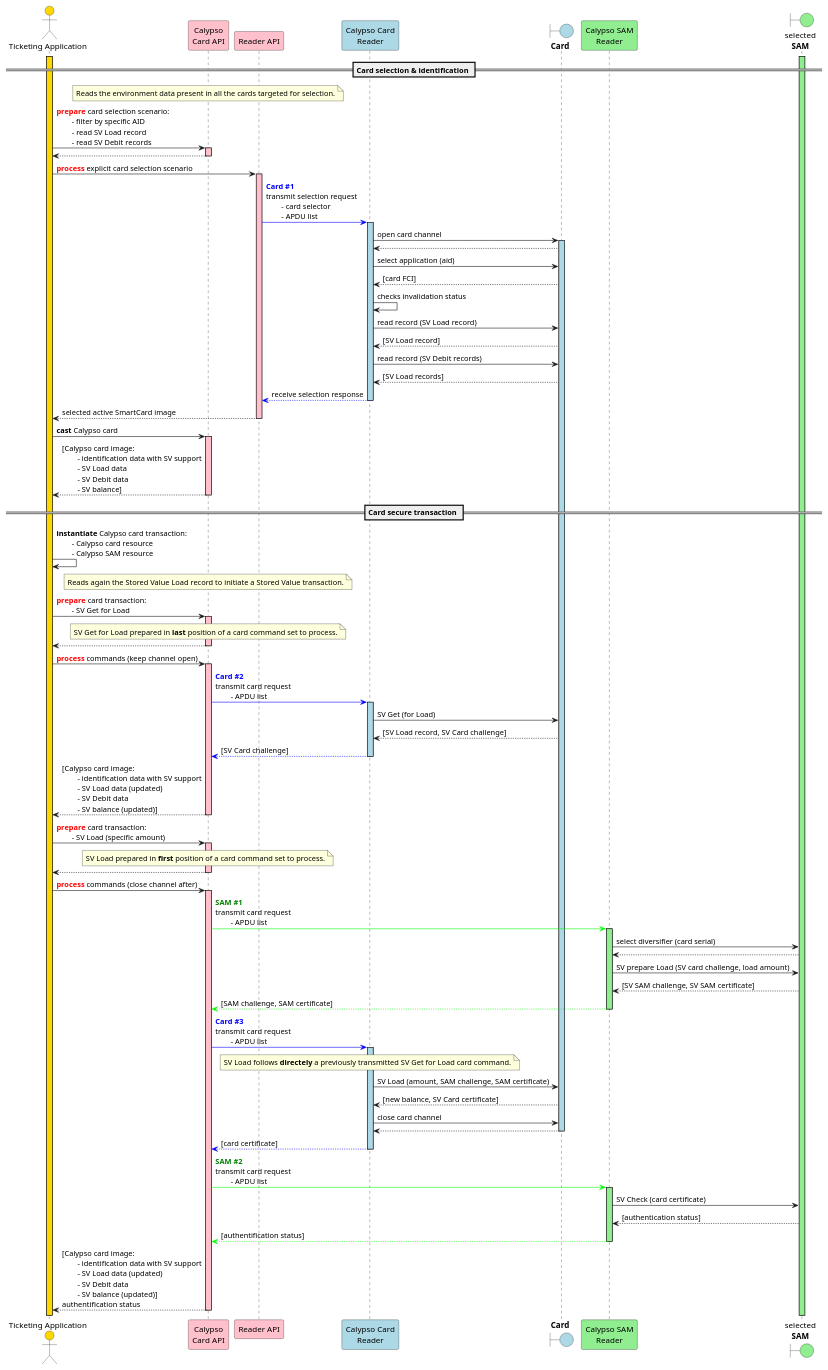
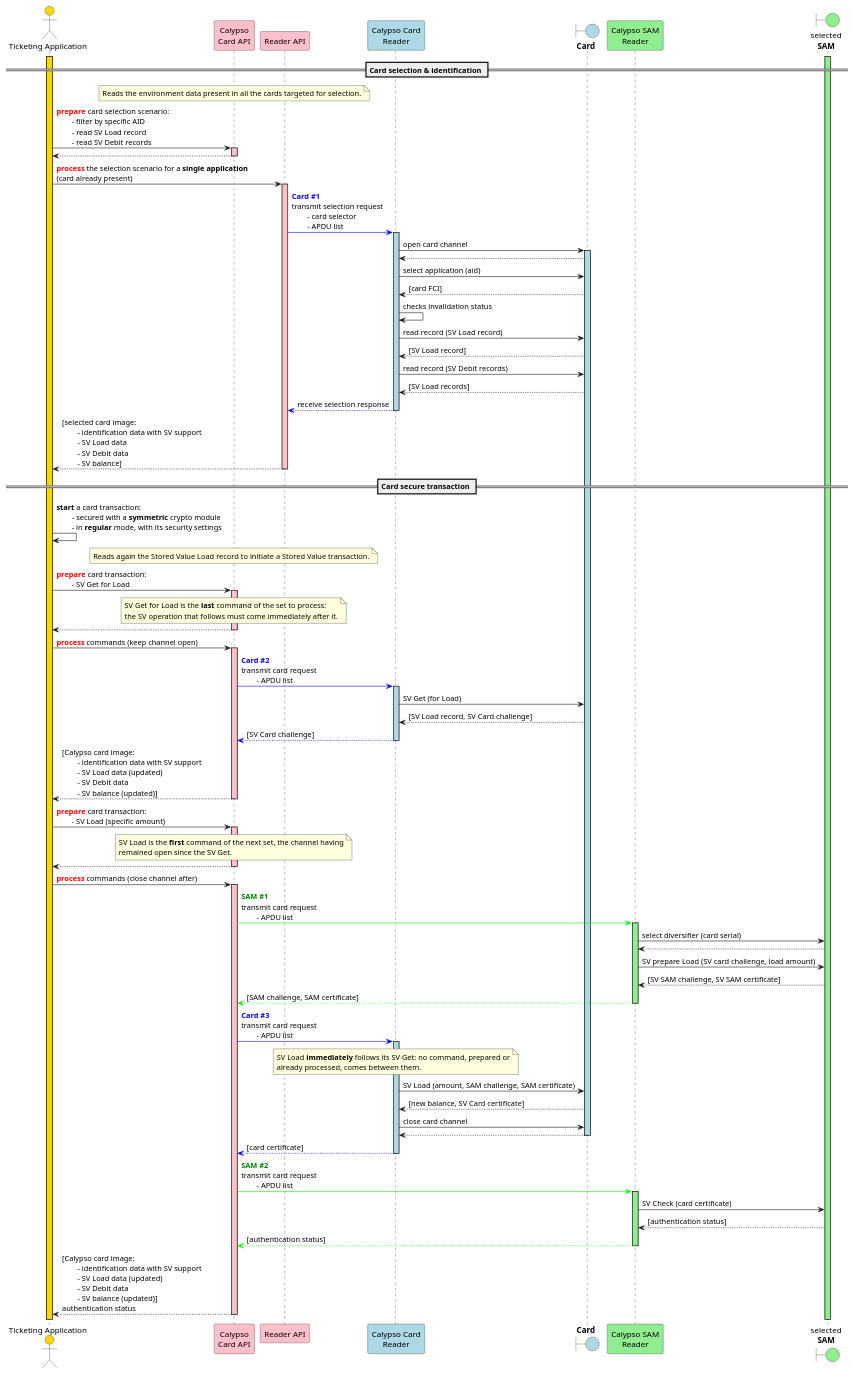
One commit to calypsonet/calypsonet-terminal-api-website changed the diagram in static/media/specifications/calypso_transaction_standalone_SV_operation_sequence_diagram.puml. Above: the diagram before and after it, drawn with PlantUML. The commit also changed 19 other files, not shown here.

Commit message:
fix: update transaction descriptions in UML diagrams for clarity and consistency

```diff
--- a/static/media/specifications/calypso_transaction_standalone_SV_operation_sequence_diagram.puml
+++ b/static/media/specifications/calypso_transaction_standalone_SV_operation_sequence_diagram.puml
@@ -1,177 +1,174 @@
 @startuml
 
 'skinparam ClassBorderColor #F1C40F
 skinparam ClassBorderColor #D4AC0D
 skinparam stereotypeABorderColor #A9DCDF
 skinparam stereotypeIBorderColor #B4A7E5
 skinparam stereotypeCBorderColor #ADD1B2
 skinparam stereotypeEBorderColor #EB93DF
 skinparam shadowing false
 
 skinparam StateBorderColor #D4AC0D
 skinparam ActivityBorderColor #D4AC0D
 
 ' Red
 skinparam ClassBackgroundColor<<red>> #FDEDEC
 skinparam ClassBorderColor<<red>> #E74C3C
 hide <<red>> stereotype
 ' Purple
 skinparam ClassBackgroundColor<<purple>> #F4ECF7
 skinparam ClassBorderColor<<purple>> #8E44AD
 hide <<purple>> stereotype
 ' blue
 skinparam ClassBackgroundColor<<blue>> #EBF5FB
 skinparam ClassBorderColor<<blue>> #3498DB
 hide <<blue>> stereotype
 ' Green
 skinparam ClassBackgroundColor<<green>> #EAFAF1
 skinparam ClassBorderColor<<green>> #2ECC71
 hide <<green>> stereotype
 
 ' Orange
 skinparam ClassBackgroundColor<<orange>> #FDF2E9
 skinparam ClassBorderColor<<orange>> #E67E22
 hide <<orange>> stereotype
 
 ' Grey
 skinparam ClassBackgroundColor<<grey>> #EAECEE
 skinparam ClassBorderColor<<grey>> #2C3E50
 hide <<grey>> stereotype
 
 actor "Ticketing Application" as app #gold
 participant "Calypso\nCard API" as capi #pink
 participant "Reader API" as rapi #pink
 participant "Calypso Card\nReader" as cardReader #lightBlue
 boundary "**Card**" as card #lightBlue
 participant "Calypso SAM\nReader" as samReader #lightGreen
 boundary "selected\n**SAM**" as sam #lightGreen
 
 activate app #gold
 activate sam #lightGreen
 
 == Card selection & identification ==
 
 note over capi
     Reads the environment data present in all the cards targeted for selection.
 end note
 
 app->capi: <font color=red>**prepare**</font> card selection scenario:\n\t- filter by specific AID\n\t- read SV Load record\n\t- read SV Debit records
 activate capi  #pink
 capi-->app
 deactivate capi
 
-app->rapi: <font color=red>**process**</font> explicit card selection scenario
+app->rapi: <font color=red>**process**</font> the selection scenario for a **single application**\n(card already present)
 activate rapi  #pink
 rapi-[#0000FF]>cardReader: <font color=blue>**Card #1**</font>\ntransmit selection request\n\t- card selector\n\t- APDU list
 activate cardReader #lightBlue
 
 cardReader->card: open card channel
 activate card #lightBlue
 card-->cardReader
 cardReader->card: select application (aid)
 card-->cardReader: [card FCI]
 cardReader->cardReader: checks invalidation status
 
 'group Card APDU commands outside secure session
     cardReader->card: read record (SV Load record)
     card-->cardReader: [SV Load record]
     cardReader->card: read record (SV Debit records)
     card-->cardReader: [SV Load records]
 'end
 
 cardReader--[#0000FF]>rapi: receive selection response
 deactivate cardReader
 
-rapi-->app: selected active SmartCard image
+rapi-->app: [selected card image:\n\t- identification data with SV support\n\t- SV Load data\n\t- SV Debit data\n\t- SV balance]
 deactivate rapi
-
-app->capi: **cast** Calypso card
-activate capi  #pink
-capi-->app: [Calypso card image:\n\t- identification data with SV support\n\t- SV Load data\n\t- SV Debit data\n\t- SV balance]
-
-deactivate capi
 
 == Card secure transaction ==
 
-app->app: **instantiate** Calypso card transaction:\n\t- Calypso card resource\n\t- Calypso SAM resource
+app->app: **start** a card transaction:\n\t- secured with a **symmetric** crypto module\n\t- in **regular** mode, with its security settings
 
 note over capi
     Reads again the Stored Value Load record to initiate a Stored Value transaction.
 end note
 
 app->capi: <font color=red>**prepare**</font> card transaction:\n\t- SV Get for Load
 activate capi  #pink
 note over capi
-    SV Get for Load prepared in **last** position of a card command set to process.
+    SV Get for Load is the **last** command of the set to process:
+    the SV operation that follows must come immediately after it.
 end note
 capi-->app
 deactivate capi
 
 app->capi: <font color=red>**process**</font> commands (keep channel open)
 activate capi  #pink
 
 capi-[#0000FF]>cardReader: <font color=blue>**Card #2**</font>\ntransmit card request\n\t- APDU list
 activate cardReader #lightBlue
 
 'group Card APDU commands inside session
     cardReader->card: SV Get (for Load)
     card-->cardReader: [SV Load record, SV Card challenge]
 'end
 
 cardReader--[#0000FF]>capi: [SV Card challenge]
 deactivate cardReader
 
 capi-->app: [Calypso card image:\n\t- identification data with SV support\n\t- SV Load data (updated)\n\t- SV Debit data\n\t- SV balance (updated)]
 deactivate capi
 
 app->capi: <font color=red>**prepare**</font> card transaction:\n\t- SV Load (specific amount)
 activate capi  #pink
 note over capi
-    SV Load prepared in **first** position of a card command set to process.
+    SV Load is the **first** command of the next set, the channel having
+    remained open since the SV Get.
 end note
 capi-->app
 deactivate capi
 
 app->capi: <font color=red>**process**</font> commands (close channel after)
 activate capi  #pink
 
 capi-[#00FF00]>samReader: <font color=green>**SAM #1**</font>\ntransmit card request\n\t- APDU list
 activate samReader #lightGreen
 
 samReader->sam: select diversifier (card serial)
 sam-->samReader
 samReader->sam: SV prepare Load (SV card challenge, load amount)
 sam-->samReader: [SV SAM challenge, SV SAM certificate]
 
 samReader-[#00FF00]->capi: [SAM challenge, SAM certificate]
 deactivate samReader
 
 capi-[#0000FF]>cardReader: <font color=blue>**Card #3**</font>\ntransmit card request\n\t- APDU list
 activate cardReader #lightBlue
 
 'group Card APDU commands inside session
 note over cardReader
-    SV Load follows **directely** a previously transmitted SV Get for Load card command.
+    SV Load **immediately** follows its SV Get: no command, prepared or
+    already processed, comes between them.
 end note
     cardReader->card: SV Load (amount, SAM challenge, SAM certificate)
     card-->cardReader: [new balance, SV Card certificate]
 'end
 
 cardReader->card: close card channel
 card-->cardReader
 deactivate card
 
 cardReader-[#0000FF]->capi: [card certificate]
 deactivate cardReader
 
 capi-[#00FF00]>samReader: <font color=green>**SAM #2**</font>\ntransmit card request\n\t- APDU list
 activate samReader #lightGreen
 samReader->sam: SV Check (card certificate)
 sam-->samReader: [authentication status]
 
-samReader-[#00FF00]->capi: [authentification status]
+samReader-[#00FF00]->capi: [authentication status]
 deactivate samReader
 
-capi-->app: [Calypso card image:\n\t- identification data with SV support\n\t- SV Load data (updated)\n\t- SV Debit data\n\t- SV balance (updated)]\nauthentification status
+capi-->app: [Calypso card image:\n\t- identification data with SV support\n\t- SV Load data (updated)\n\t- SV Debit data\n\t- SV balance (updated)]\nauthentication status
 deactivate capi
 @enduml
```
